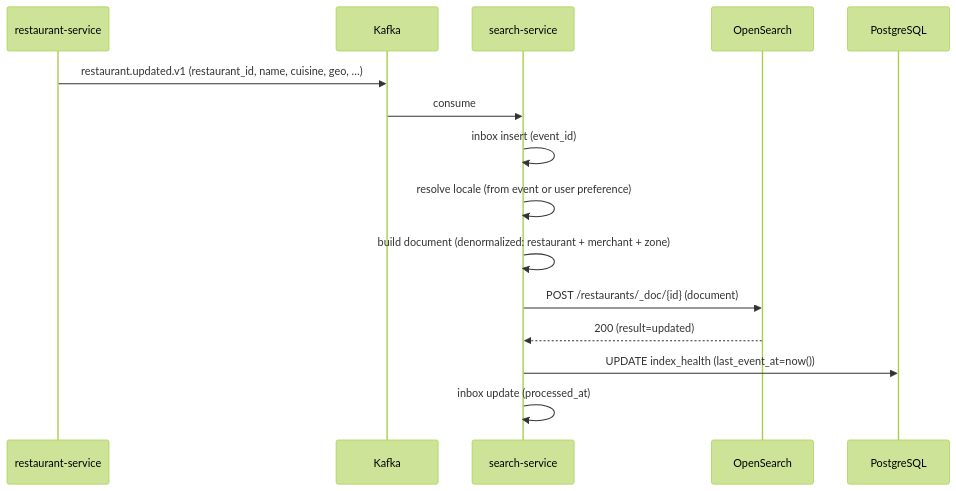
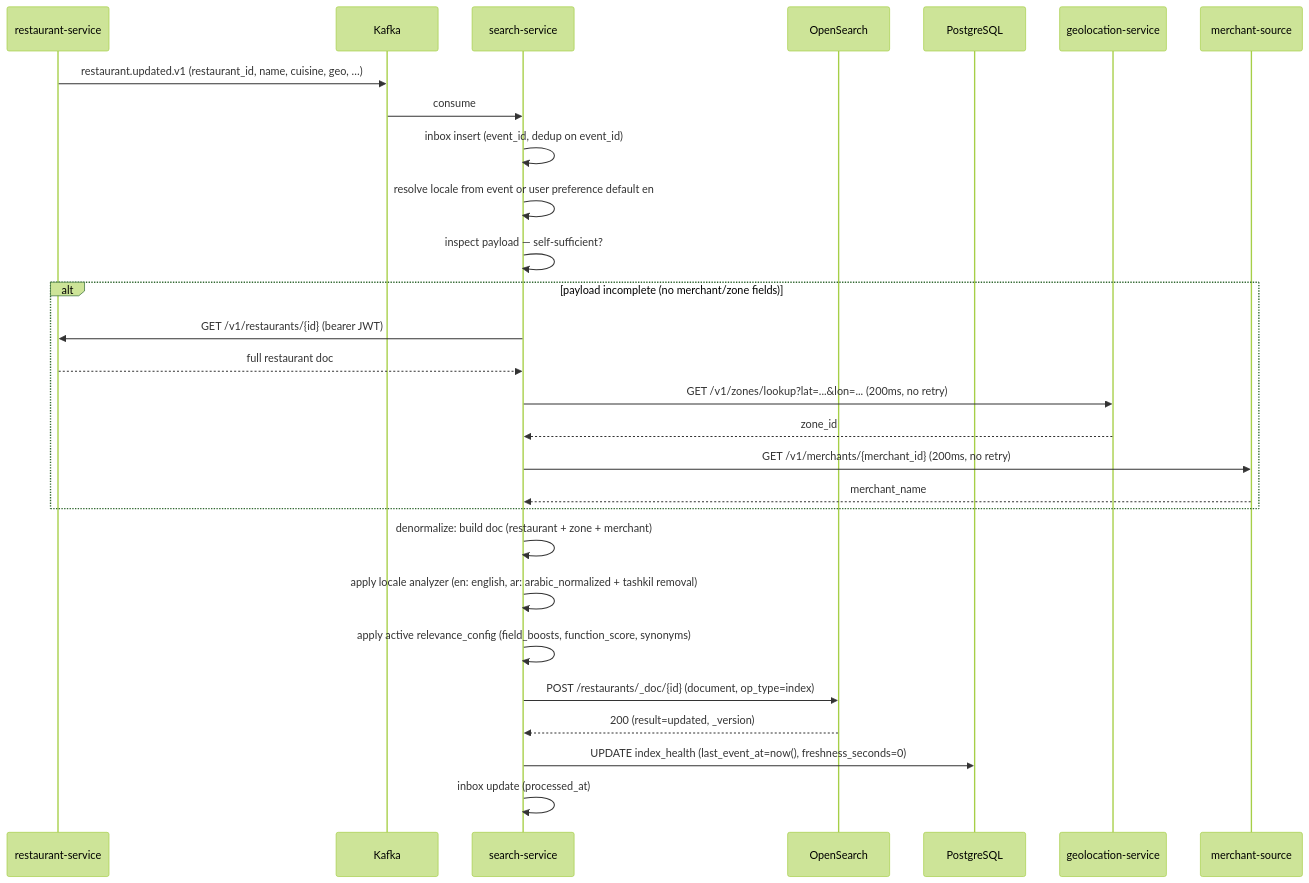
Before and after one commit to mohamedhabibwork/trips-enjoy-docs: the first of 8 diagrams in docs/services/search-service/WORKFLOWS.md, drawn with Mermaid (forest theme). The commit also changed other lines of this file and 201 other files, not shown here.

````diff
--- a/docs/services/search-service/WORKFLOWS.md
+++ b/docs/services/search-service/WORKFLOWS.md
@@ -31,18 +38,31 @@
 ```mermaid
 sequenceDiagram
     participant R as restaurant-service
     participant K as Kafka
     participant S as search-service
     participant OS as OpenSearch
     participant DB as PostgreSQL
+    participant GEO as geolocation-service
+    participant M as merchant-source
 
     R->>K: restaurant.updated.v1 (restaurant_id, name, cuisine, geo, …)
     K->>S: consume
-    S->>S: inbox insert (event_id)
-    S->>S: resolve locale (from event or user preference)
-    S->>S: build document (denormalized: restaurant + merchant + zone)
-    S->>OS: POST /restaurants/_doc/{id} (document)
-    OS-->>S: 200 (result=updated)
-    S->>DB: UPDATE index_health (last_event_at=now())
+    S->>S: inbox insert (event_id, dedup on event_id)
+    S->>S: resolve locale from event or user preference default en
+    S->>S: inspect payload — self-sufficient?
+    alt payload incomplete (no merchant/zone fields)
+        S->>R: GET /v1/restaurants/{id} (bearer JWT)
+        R-->>S: full restaurant doc
+        S->>GEO: GET /v1/zones/lookup?lat=...&lon=... (200ms, no retry)
+        GEO-->>S: zone_id
+        S->>M: GET /v1/merchants/{merchant_id} (200ms, no retry)
+        M-->>S: merchant_name
+    end
+    S->>S: denormalize: build doc (restaurant + zone + merchant)
+    S->>S: apply locale analyzer (en: english, ar: arabic_normalized + tashkil removal)
+    S->>S: apply active relevance_config (field_boosts, function_score, synonyms)
+    S->>OS: POST /restaurants/_doc/{id} (document, op_type=index)
+    OS-->>S: 200 (result=updated, _version)
+    S->>DB: UPDATE index_health (last_event_at=now(), freshness_seconds=0)
     S->>S: inbox update (processed_at)
 ```
````
